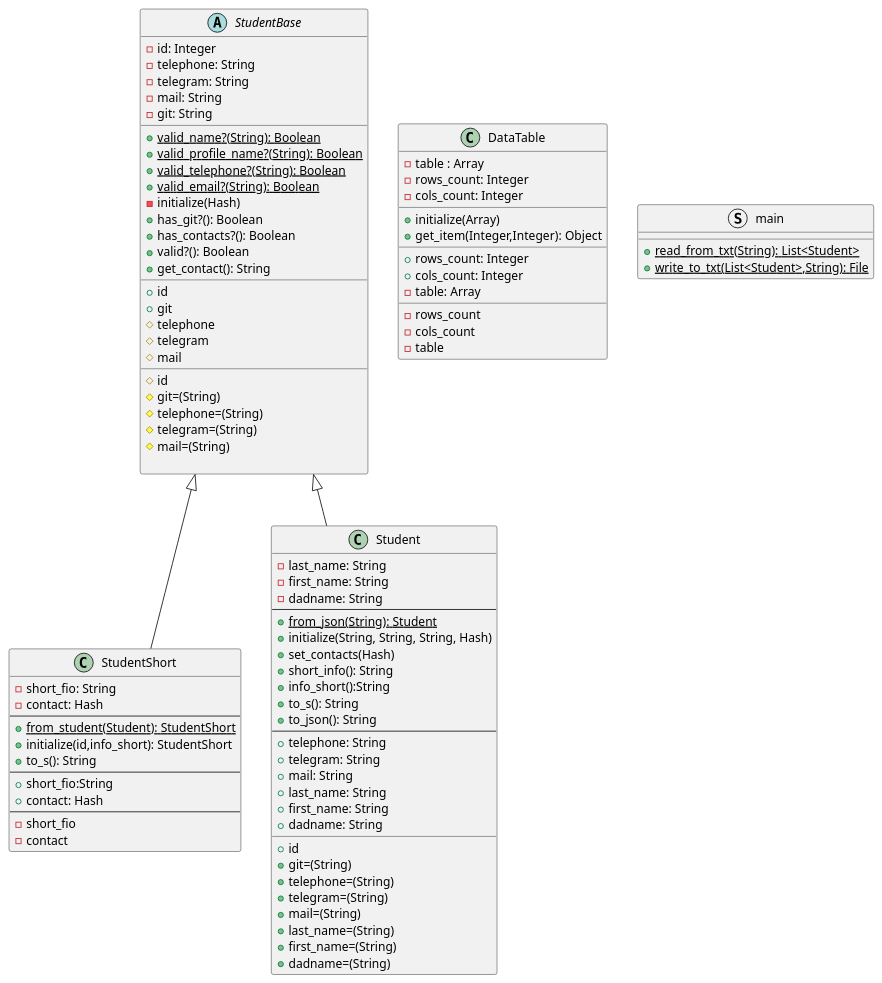
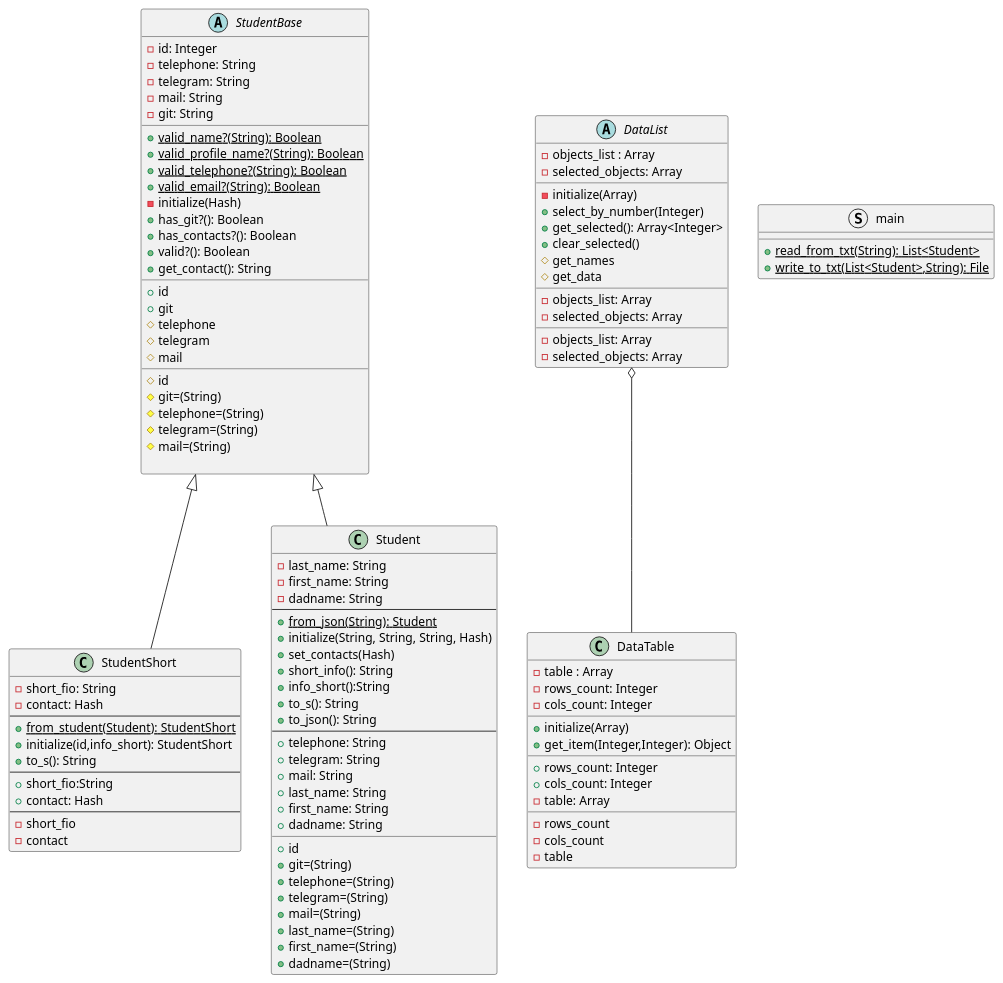
One commit to KREEAL/RubyLabs changed the diagram in LR2/diagram/StudentClassDiagram.puml. Above: the diagram before and after it, drawn with PlantUML. The commit also changed 2 other files, not shown here.

Commit message:
Класс абстрактный. Добавлены методы работы с selected объектами. Добавлены два абстрактных метода.

```diff
--- a/LR2/diagram/StudentClassDiagram.puml
+++ b/LR2/diagram/StudentClassDiagram.puml
@@ -1,98 +1,117 @@
 @startuml
 'https://plantuml.com/class-diagram
 abstract class StudentBase {
     -id: Integer
     -telephone: String
     -telegram: String
     -mail: String
     -git: String
     __
     +{static}valid_name?(String): Boolean
     +{static}valid_profile_name?(String): Boolean
     +{static}valid_telephone?(String): Boolean
     +{static}valid_email?(String): Boolean
     -initialize(Hash)
     +has_git?(): Boolean
     +has_contacts?(): Boolean
     +valid?(): Boolean
     +get_contact(): String
     __
     +id
     +git
     #telephone
     #telegram
     #mail
     __
     #id
     #git=(String)
     #telephone=(String)
     #telegram=(String)
     #mail=(String)
 
 }
 class StudentShort extends StudentBase {
     -short_fio: String
     -contact: Hash
     --
     +{static}from_student(Student): StudentShort
     +initialize(id,info_short): StudentShort
     +to_s(): String
     --
     +short_fio:String
     +contact: Hash
     --
     -short_fio
     -contact
 }
 class Student extends StudentBase{
     -last_name: String
     -first_name: String
     -dadname: String
     --
     +{static}from_json(String): Student
     +initialize(String, String, String, Hash)
     +set_contacts(Hash)
     +short_info(): String
     +info_short():String
     +to_s(): String
     +to_json(): String
     --
     +telephone: String
     +telegram: String
     +mail: String
     +last_name: String
     +first_name: String
     +dadname: String
     __
     +id
     +git=(String)
     +telephone=(String)
     +telegram=(String)
     +mail=(String)
     +last_name=(String)
     +first_name=(String)
     +dadname=(String)
 }
 
 class DataTable{
     -table : Array
     -rows_count: Integer
     -cols_count: Integer
     __
     +initialize(Array)
     +get_item(Integer,Integer): Object
     __
     +rows_count: Integer
     +cols_count: Integer
     -table: Array
     __
     -rows_count
     -cols_count
     -table
 }
+abstract class DataList{
+    -objects_list : Array
+    -selected_objects: Array
+    __
+    -initialize(Array)
+    +select_by_number(Integer)
+    +get_selected(): Array<Integer>
+    +clear_selected()
+    #get_names
+    #get_data
+    __
+    -objects_list: Array
+    -selected_objects: Array
+    __
+    -objects_list: Array
+    -selected_objects: Array
+}
 
 struct main {
     +{static}read_from_txt(String): List<Student>
     +{static}write_to_txt(List<Student>,String): File
 }
+
+DataList o-- DataTable
 @enduml
```
